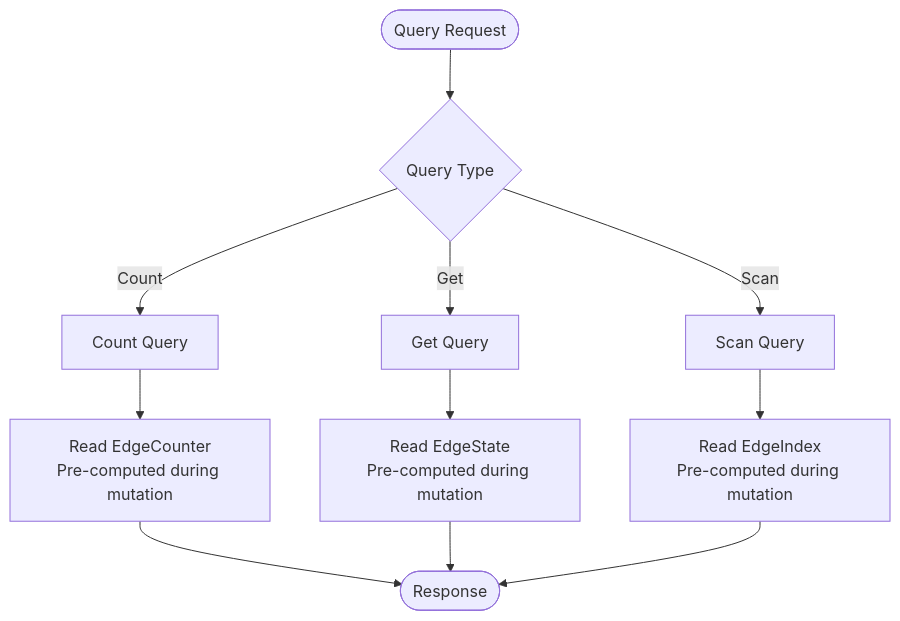
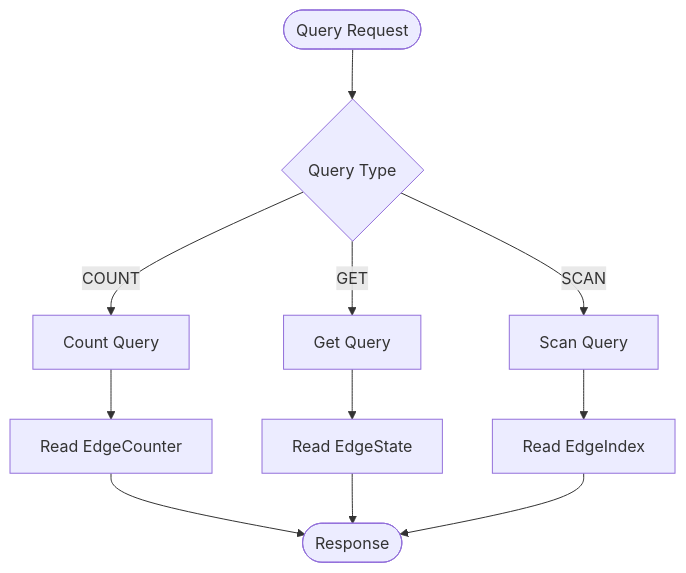
One commit to kakao/actionbase changed the diagram in website/src/content/docs/design/query.mdx. Above: the diagram before and after it, drawn with Mermaid. The commit also changed other lines of this file and 11 other files, not shown here.

Commit message:
docs: Simplify documentation for interactions, schema, and governance

````diff
--- a/website/src/content/docs/design/query.mdx
+++ b/website/src/content/docs/design/query.mdx
@@ -79,13 +68,13 @@
 ```mermaid
 flowchart TD
     Request([Query Request]) --> Route{Query Type}
-    Route -->|Count| CountQuery[Count Query]
-    Route -->|Get| GetQuery[Get Query]
-    Route -->|Scan| ScanQuery[Scan Query]
-    CountQuery --> EdgeCounter[Read EdgeCounter<br/>Pre-computed during mutation]
-    GetQuery --> EdgeState[Read EdgeState<br/>Pre-computed during mutation]
-    ScanQuery --> EdgeIndex[Read EdgeIndex<br/>Pre-computed during mutation]
+    Route -->|COUNT| CountQuery[Count Query]
+    Route -->|GET| GetQuery[Get Query]
+    Route -->|SCAN| ScanQuery[Scan Query]
+    CountQuery --> EdgeCounter[Read EdgeCounter]
+    GetQuery --> EdgeState[Read EdgeState]
+    ScanQuery --> EdgeIndex[Read EdgeIndex]
     EdgeCounter --> Response([Response])
     EdgeState --> Response
     EdgeIndex --> Response
 ```
````
